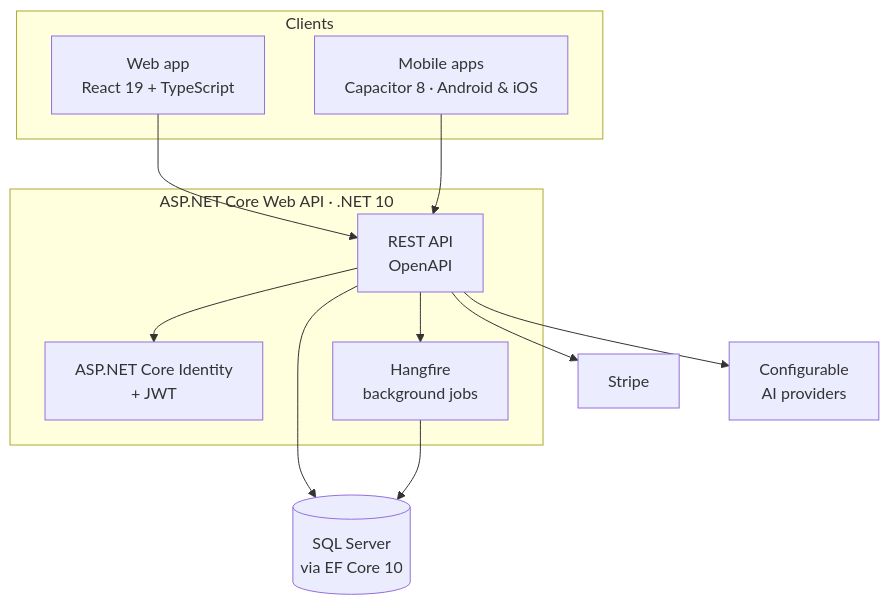
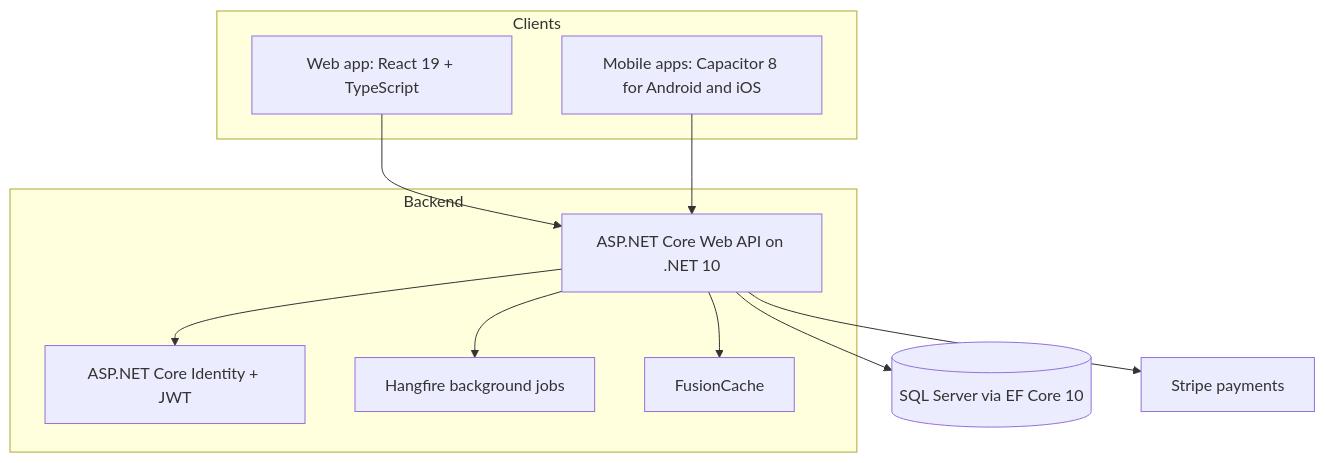
The fourth of 4 diagrams in readme.md (HolliShake/edusync-pro), drawn with Mermaid before and after one commit. The commit also changed other lines of this file, not shown here.

````diff
--- a/readme.md
+++ b/readme.md
@@ -120,26 +167,22 @@
 ```mermaid
 flowchart TB
     subgraph Clients
-        W[Web app<br/>React 19 + TypeScript]
-        M[Mobile apps<br/>Capacitor 8 · Android & iOS]
+        W[Web app: React 19 + TypeScript]
+        M[Mobile apps: Capacitor 8 for Android and iOS]
     end
-
-    subgraph Backend[ASP.NET Core Web API · .NET 10]
-        API[REST API<br/>OpenAPI]
-        AUTH[ASP.NET Core Identity<br/>+ JWT]
-        JOBS[Hangfire<br/>background jobs]
+    subgraph Backend
+        API[ASP.NET Core Web API on .NET 10]
+        AUTH[ASP.NET Core Identity + JWT]
+        JOBS[Hangfire background jobs]
+        CACHE[FusionCache]
     end
-
-    DB[(SQL Server<br/>via EF Core 10)]
-    PAY[Stripe]
-    AI[Configurable<br/>AI providers]
-
+    DB[(SQL Server via EF Core 10)]
+    PAY[Stripe payments]
     W --> API
     M --> API
     API --> AUTH
+    API --> JOBS
+    API --> CACHE
     API --> DB
-    API --> JOBS
-    JOBS --> DB
     API --> PAY
-    API --> AI
 ```
````
